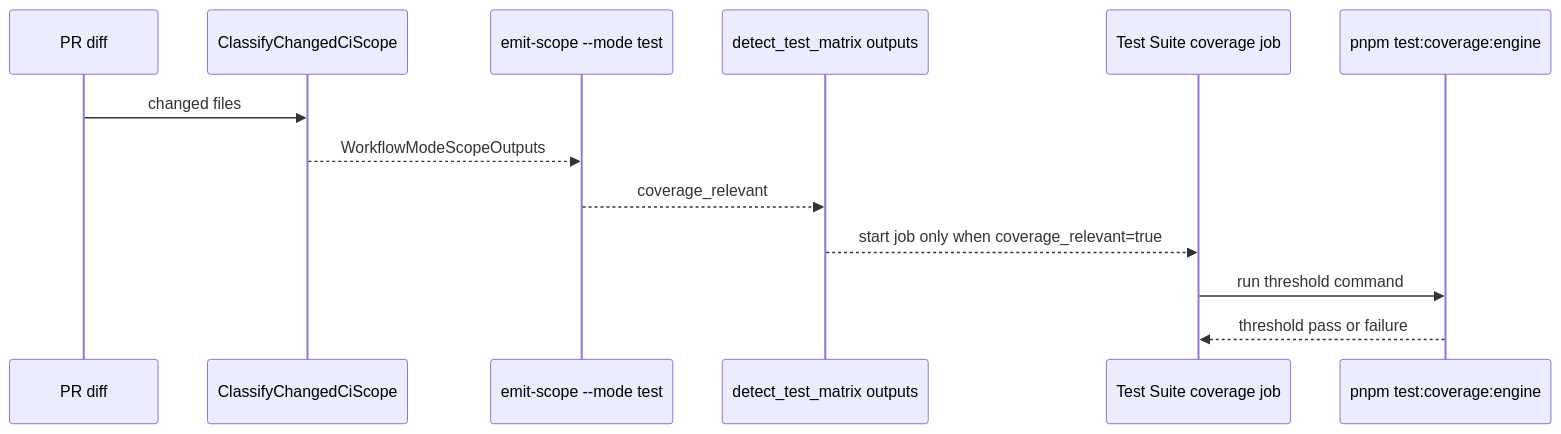
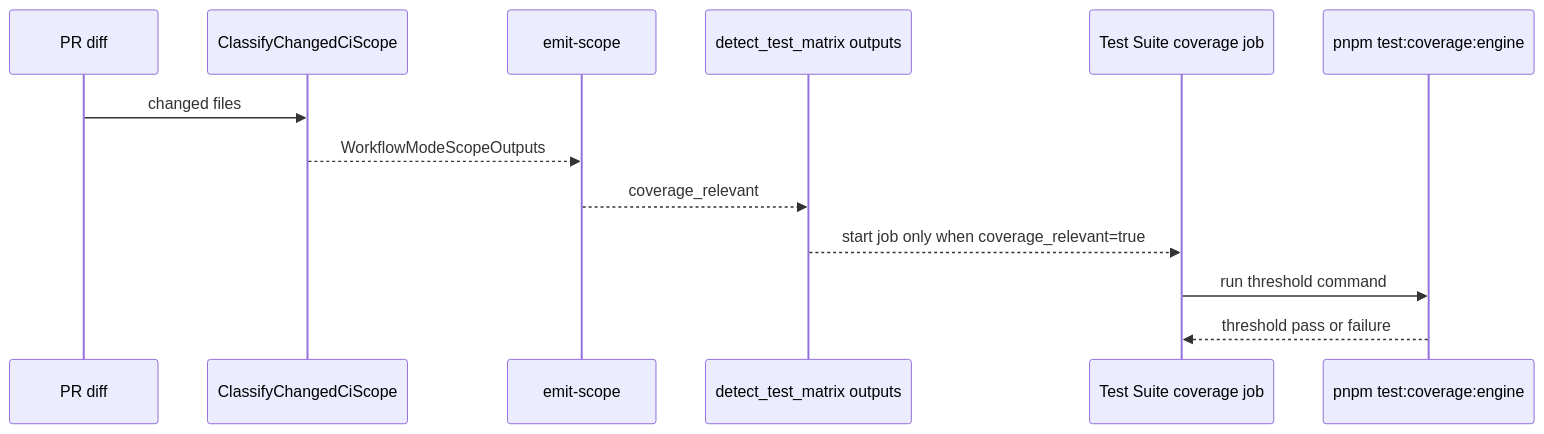
Before and after one commit to dunay2/dvt: the fourth of 4 diagrams in docs/architecture/components/ci-governance/engine-coverage-scope-gate-component.md, drawn with Mermaid. The commit also changed other lines of this file and 20 other files, not shown here.

````diff
--- a/docs/architecture/components/ci-governance/engine-coverage-scope-gate-component.md
+++ b/docs/architecture/components/ci-governance/engine-coverage-scope-gate-component.md
@@ -193,16 +193,16 @@
 ```mermaid
 sequenceDiagram
     participant PR as PR diff
     participant Scope as ClassifyChangedCiScope
-    participant Emit as emit-scope --mode test
+    participant Emit as emit-scope
     participant Detect as detect_test_matrix outputs
     participant Workflow as Test Suite coverage job
     participant Coverage as pnpm test:coverage:engine
 
     PR->>Scope: changed files
     Scope-->>Emit: WorkflowModeScopeOutputs
     Emit-->>Detect: coverage_relevant
     Detect-->>Workflow: start job only when coverage_relevant=true
     Workflow->>Coverage: run threshold command
     Coverage-->>Workflow: threshold pass or failure
 ```
````
